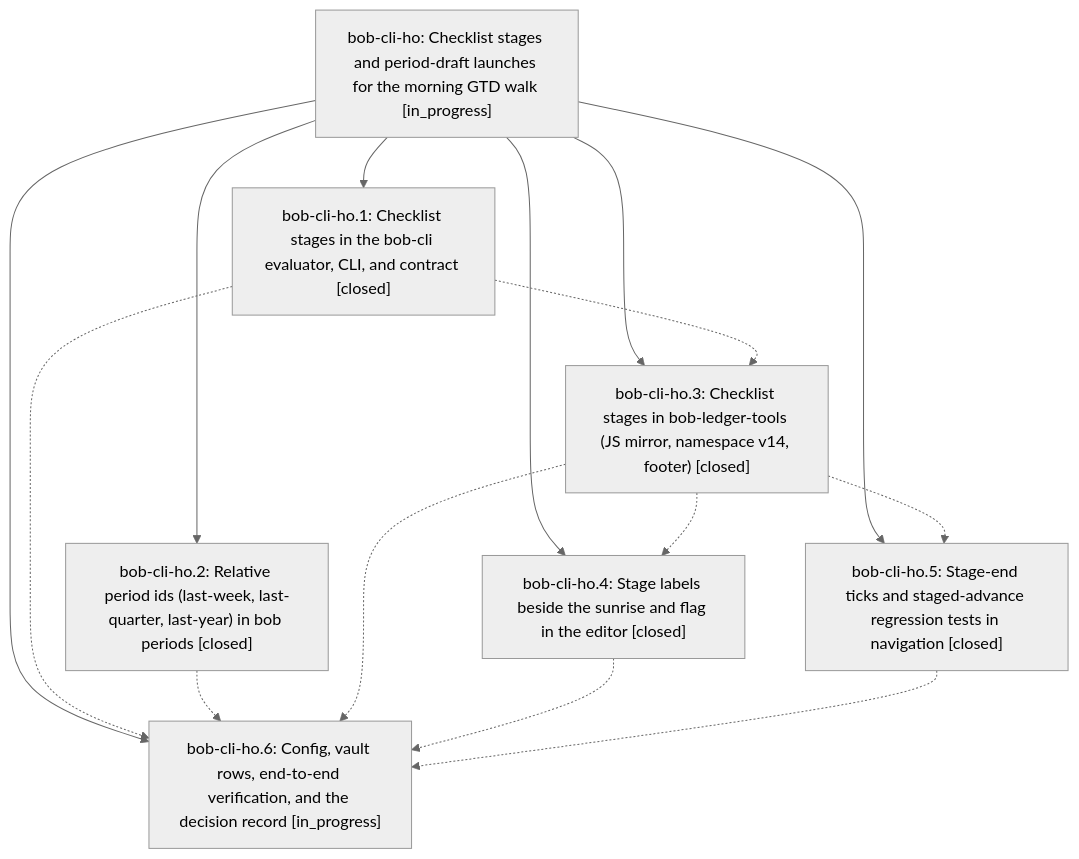
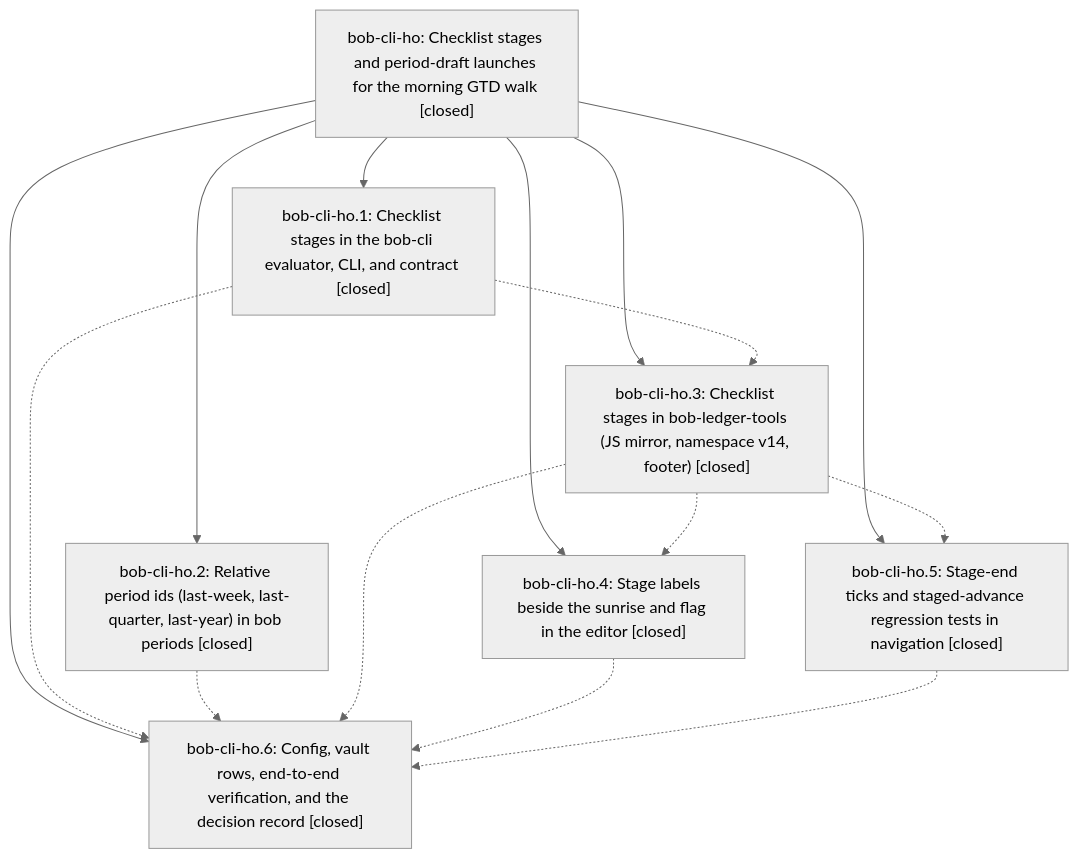
Before and after one commit to bobs-org/bob-cli--beads: the diagram in pages/bob-cli-ho/README.md, drawn with Mermaid (neutral theme). The commit also changed other lines of this file and 6 other files, not shown here.

First line of the commit message:
chore(beads): sync bead state and pages for bob-cli-ho

````diff
--- a/pages/bob-cli-ho/README.md
+++ b/pages/bob-cli-ho/README.md
@@ -41,24 +55,24 @@
 ```mermaid
 flowchart TD
-    n0["bob-cli-ho: Checklist stages and period-draft launches for the morning GTD walk [in_progress]"]
+    n0["bob-cli-ho: Checklist stages and period-draft launches for the morning GTD walk [closed]"]
     n1["bob-cli-ho.1: Checklist stages in the bob-cli evaluator, CLI, and contract [closed]"]
     n2["bob-cli-ho.2: Relative period ids (last-week, last-quarter, last-year) in bob periods [closed]"]
     n3["bob-cli-ho.3: Checklist stages in bob-ledger-tools (JS mirror, namespace v14, footer) [closed]"]
     n4["bob-cli-ho.4: Stage labels beside the sunrise and flag in the editor [closed]"]
     n5["bob-cli-ho.5: Stage-end ticks and staged-advance regression tests in navigation [closed]"]
-    n6["bob-cli-ho.6: Config, vault rows, end-to-end verification, and the decision record [in_progress]"]
+    n6["bob-cli-ho.6: Config, vault rows, end-to-end verification, and the decision record [closed]"]
     n0 --> n1
     n0 --> n2
     n0 --> n3
     n0 --> n4
     n0 --> n5
     n0 --> n6
     n1 -.-> n3
     n1 -.-> n6
     n2 -.-> n6
     n3 -.-> n4
     n3 -.-> n5
     n3 -.-> n6
     n4 -.-> n6
     n5 -.-> n6
 ```
````
